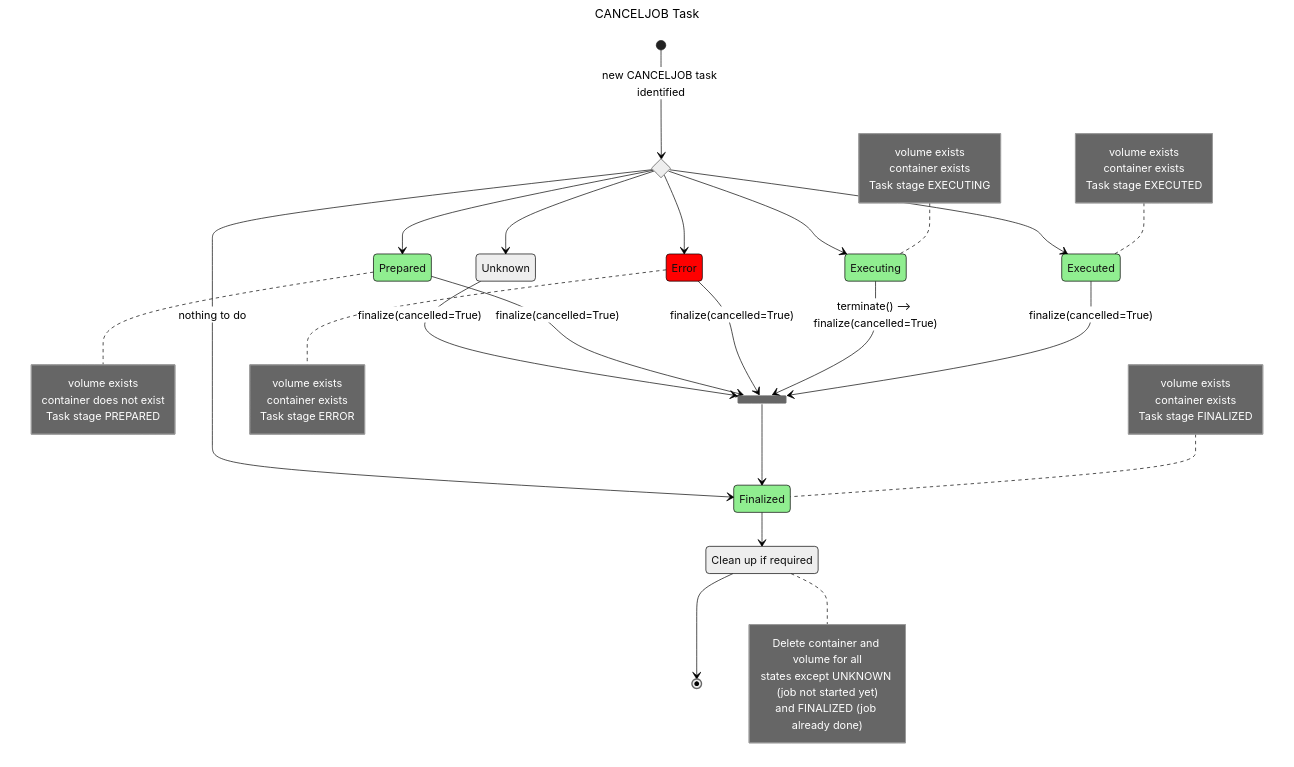
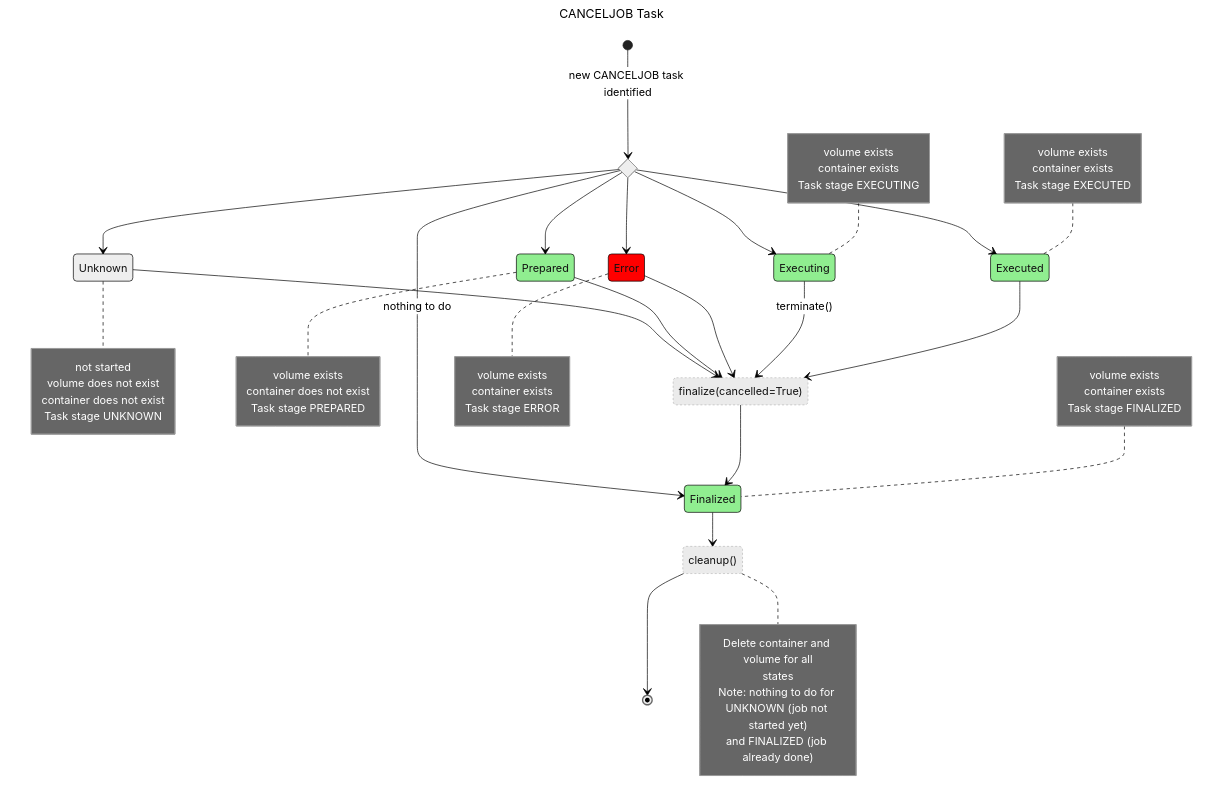
One commit to opensafely-core/job-runner changed the second of 2 diagrams in docs/agent_state_diagram.md. Above: the diagram before and after it, drawn with Mermaid (neutral theme). The commit also changed other lines of this file and 1 other file, not shown here.

Commit message:
diagram updates

````diff
--- a/docs/agent_state_diagram.md
+++ b/docs/agent_state_diagram.md
@@ -89,7 +96,9 @@
     finalized: Finalized
     error: Error
     unknown: Unknown
-    cleanup: Clean up if required
+    cleanup: cleanup()
+    finalizing_states: finalize(cancelled=True)
+
 
     state initial_fork <<choice>>
 
@@ -104,15 +113,22 @@
 
     state finalizing_states <<join>>
 
-    unknown --> finalizing_states: finalize(cancelled=True)
-    prepared --> finalizing_states: finalize(cancelled=True)
-    error --> finalizing_states: finalize(cancelled=True)
-    executing --> finalizing_states: terminate() --> finalize(cancelled=True)
-    executed --> finalizing_states: finalize(cancelled=True)
+    unknown --> finalizing_states
+    prepared --> finalizing_states
+    error --> finalizing_states
+    executing --> finalizing_states: terminate()
+    executed --> finalizing_states
     finalizing_states --> finalized
 
     finalized --> cleanup
     cleanup --> [*]
+
+    note right of unknown
+        not started
+        volume does not exist
+        container does not exist
+        Task stage UNKNOWN
+    end note
 
     note right of prepared
         volume exists
@@ -146,14 +162,17 @@
 
     note right of cleanup
         Delete container and volume for all
-        states except UNKNOWN (job not started yet)
+        states
+        Note: nothing to do for UNKNOWN (job not started yet)
         and FINALIZED (job already done)
     end note
 
 
 classDef success fill:lightgreen;
 classDef error fill:red;
+classDef action fill:#ebebeb,stroke:gray,stroke-width:0.5px,stroke-dasharray: 3 3;
 
 class error error
 class prepared,executing,executed,finalized success
+class cleanup,finalizing_states action
 ```
````
